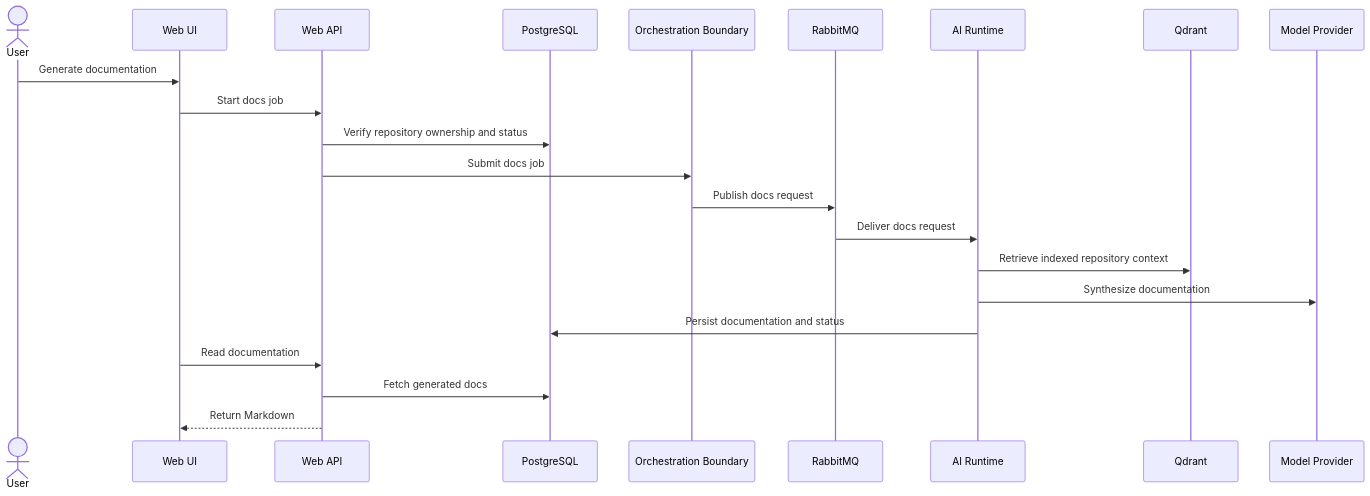
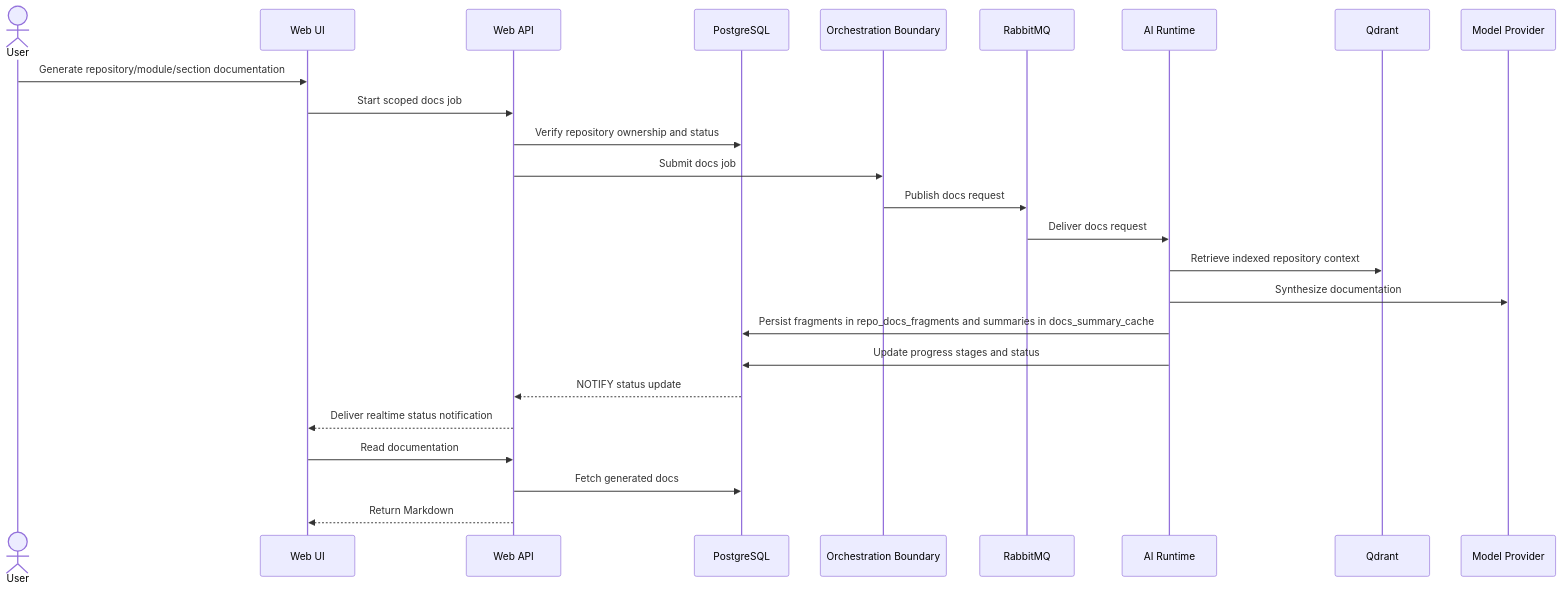
Before and after one commit to JakubMikolajek/CodePath-Web: the fourth of 5 diagrams in architecture.md, drawn with Mermaid. The commit also changed other lines of this file and 88 other files, not shown here.

````diff
--- a/architecture.md
+++ b/architecture.md
@@ -236,25 +250,28 @@
 ```mermaid
 sequenceDiagram
   actor User
   participant Web as Web UI
   participant Api as Web API
   participant Db as PostgreSQL
   participant Orch as Orchestration Boundary
   participant Queue as RabbitMQ
   participant Ai as AI Runtime
   participant Vector as Qdrant
   participant Llm as Model Provider
 
-  User->>Web: Generate documentation
-  Web->>Api: Start docs job
+  User->>Web: Generate repository/module/section documentation
+  Web->>Api: Start scoped docs job
   Api->>Db: Verify repository ownership and status
   Api->>Orch: Submit docs job
   Orch->>Queue: Publish docs request
   Queue->>Ai: Deliver docs request
   Ai->>Vector: Retrieve indexed repository context
   Ai->>Llm: Synthesize documentation
-  Ai->>Db: Persist documentation and status
+  Ai->>Db: Persist fragments in repo_docs_fragments and summaries in docs_summary_cache
+  Ai->>Db: Update progress stages and status
+  Db-->>Api: NOTIFY status update
+  Api-->>Web: Deliver realtime status notification
   Web->>Api: Read documentation
   Api->>Db: Fetch generated docs
   Api-->>Web: Return Markdown
 ```
````
